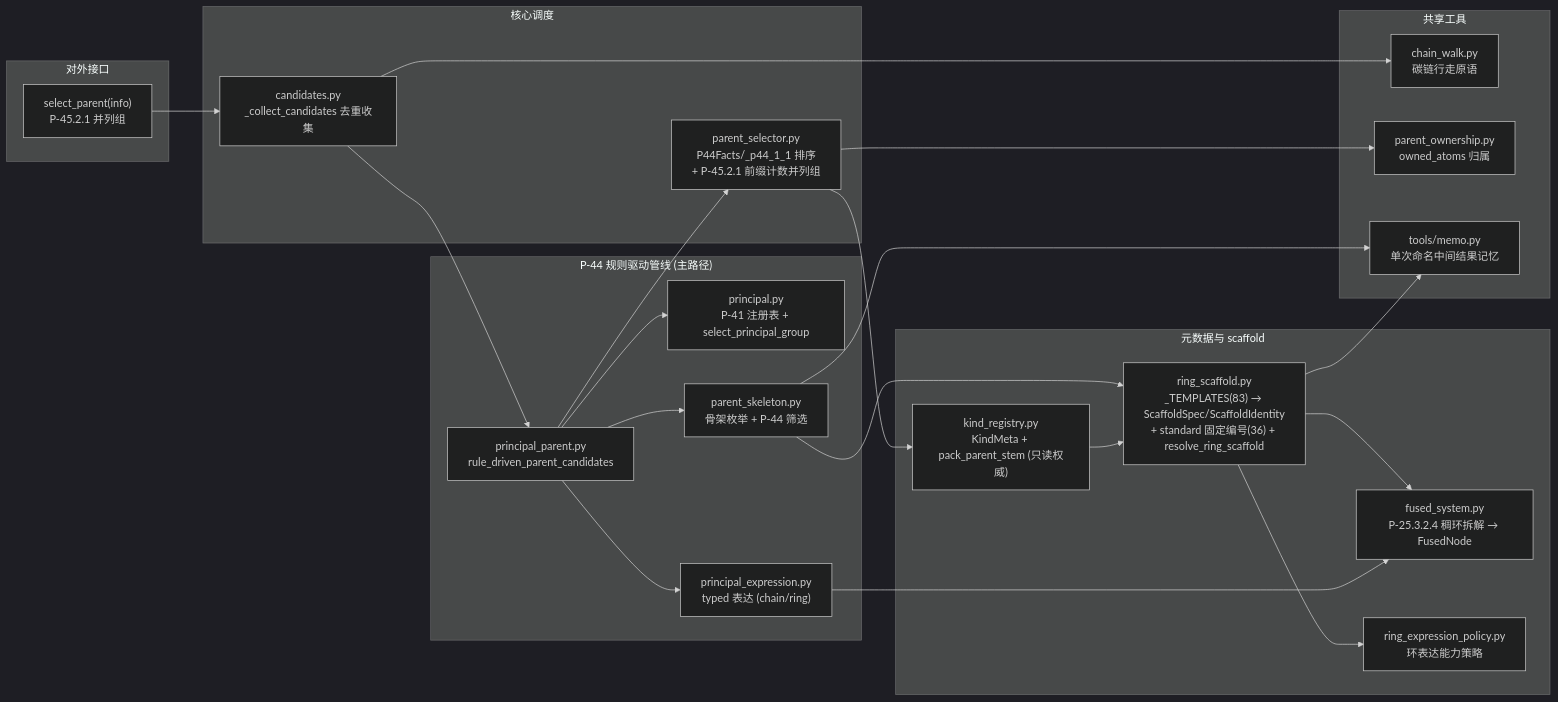
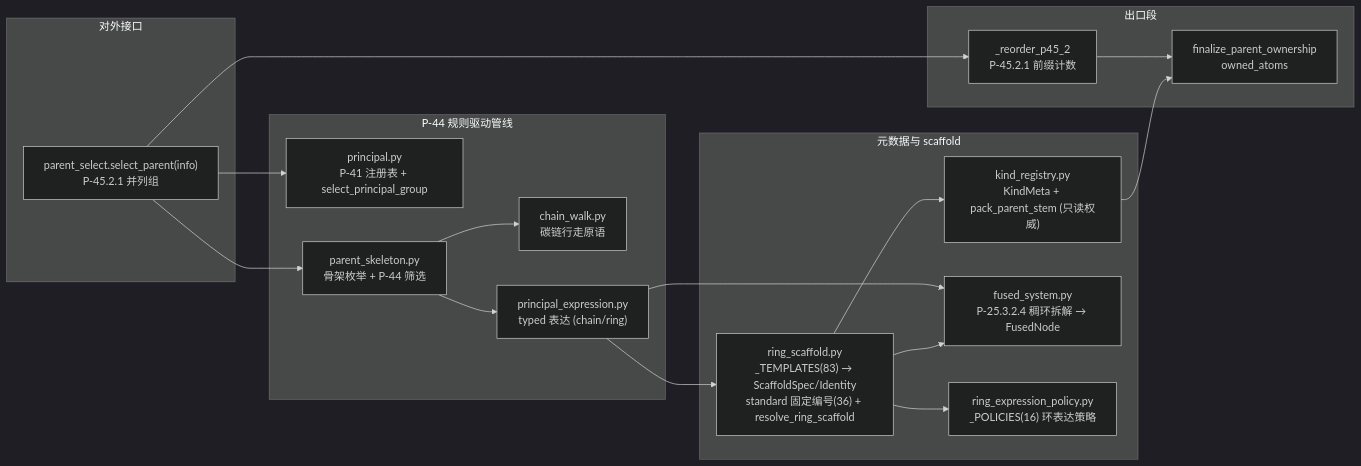
One commit to zouxiaofei1/OpenSMILES changed the fourth of 4 diagrams in docs/wiki/architecture/layer2-parent-selector.md. Above: the diagram before and after it, drawn with Mermaid (dark theme). The commit also changed other lines of this file and 20 other files, not shown here.

````diff
--- a/docs/wiki/architecture/layer2-parent-selector.md
+++ b/docs/wiki/architecture/layer2-parent-selector.md
@@ -299,45 +320,37 @@
 ```mermaid
 flowchart LR
     subgraph Public_API["对外接口"]
-        SP["select_parent(info)<br/>P-45.2.1 并列组"]
+        SP["parent_select.select_parent(info)<br/>P-45.2.1 并列组"]
     end
 
-    subgraph Principal["P-44 规则驱动管线 (主路径)"]
+    subgraph Pipeline["P-44 规则驱动管线"]
         PR["principal.py<br/>P-41 注册表 + select_principal_group"]
         SKEL["parent_skeleton.py<br/>骨架枚举 + P-44 筛选"]
+        CW["chain_walk.py<br/>碳链行走原语"]
         PEXPR["principal_expression.py<br/>typed 表达 (chain/ring)"]
-        PPR["principal_parent.py<br/>rule_driven_parent_candidates"]
-    end
-
-    subgraph Core["核心调度"]
-        CAND["candidates.py<br/>_collect_candidates 去重收集"]
-        PSEL["parent_selector.py<br/>P44Facts/_p44_1_1 排序<br/>+ P-45.2.1 前缀计数并列组"]
     end
 
     subgraph Registry["元数据与 scaffold"]
         KR["kind_registry.py<br/>KindMeta + pack_parent_stem (只读权威)"]
-        RSCAFF["ring_scaffold.py<br/>_TEMPLATES(83) → ScaffoldSpec/ScaffoldIdentity<br/>+ standard 固定编号(36) + resolve_ring_scaffold"]
+        RSCAFF["ring_scaffold.py<br/>_TEMPLATES(83) → ScaffoldSpec/Identity<br/>standard 固定编号(36) + resolve_ring_scaffold"]
         FUSED["fused_system.py<br/>P-25.3.2.4 稠环拆解 → FusedNode"]
-        REP["ring_expression_policy.py<br/>环表达能力策略"]
+        REP["ring_expression_policy.py<br/>_POLICIES(16) 环表达策略"]
     end
 
-    subgraph Utilities["共享工具"]
-        CW["chain_walk.py<br/>碳链行走原语"]
-        OWN["parent_ownership.py<br/>owned_atoms 归属"]
-        MEMO["tools/memo.py<br/>单次命名中间结果记忆"]
+    subgraph Exit["出口段"]
+        ORD["_reorder_p45_2<br/>P-45.2.1 前缀计数"]
+        OWN["finalize_parent_ownership<br/>owned_atoms"]
     end
 
-    SP --> CAND
-    CAND --> PPR
-    PPR --> PR & SKEL & PEXPR
-    PPR --> PSEL
-    SKEL --> RSCAFF
-    KR --> RSCAFF
+    SP --> PR & SKEL
+    SKEL --> CW
+    SKEL --> PEXPR
+    PEXPR --> RSCAFF
+    PEXPR --> FUSED
+    RSCAFF --> FUSED
     RSCAFF --> REP
-    RSCAFF --> FUSED
-    PEXPR --> FUSED
-    PSEL --> KR & OWN
-    CAND --> CW
-    RSCAFF --> MEMO
-    SKEL --> MEMO
+    RSCAFF --> KR
+    SP --> ORD
+    ORD --> OWN
+    KR --> OWN
 ```
````
